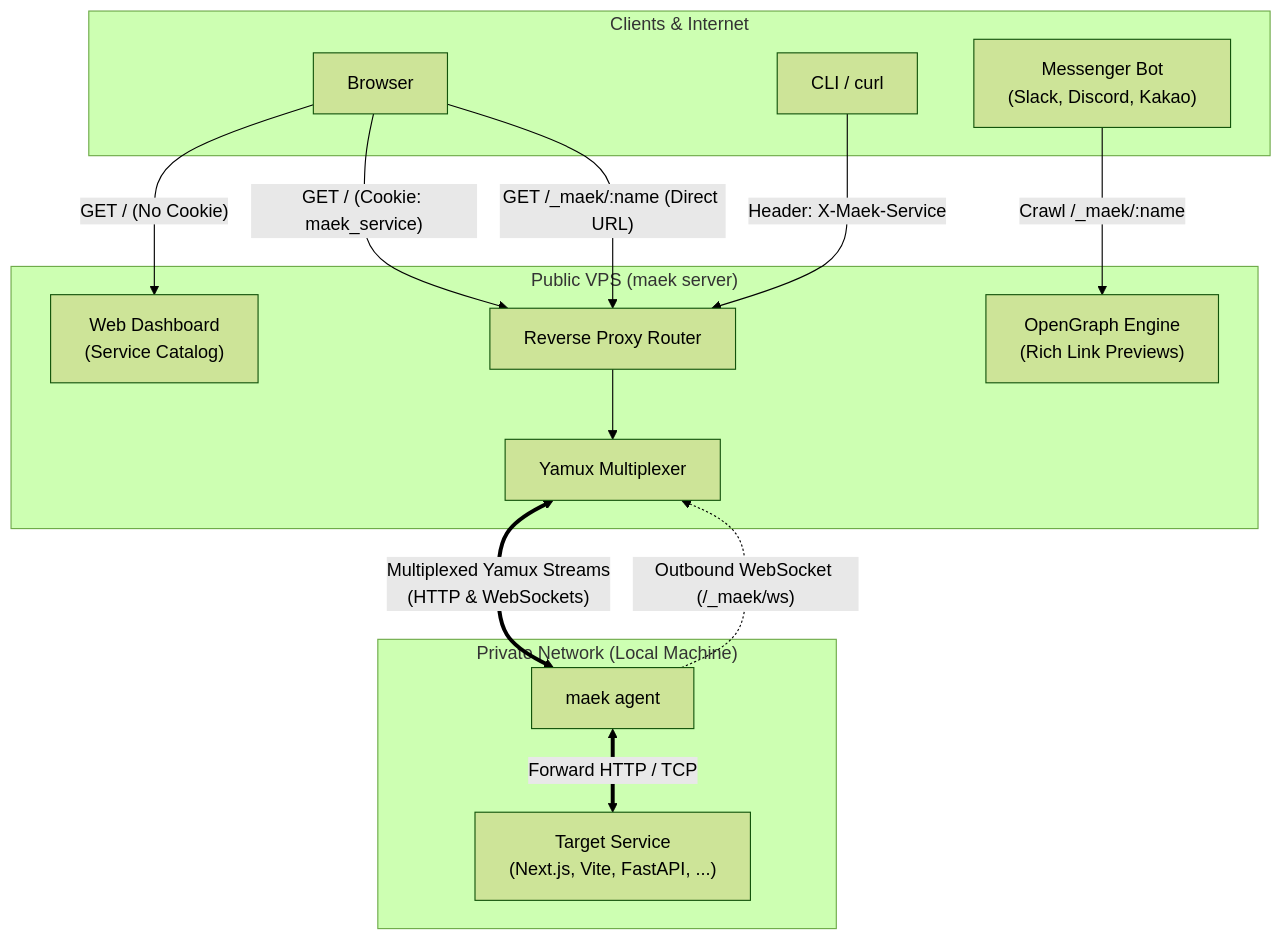
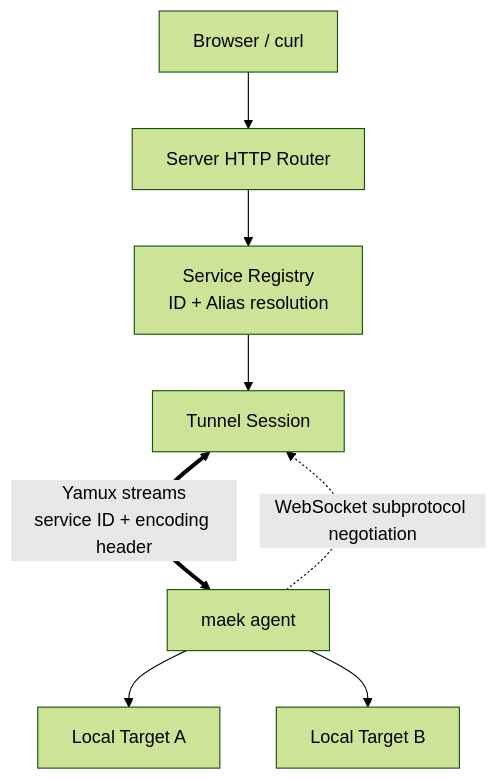
One commit to gosuda/maek changed the diagram in README.md. Above: the diagram before and after it, drawn with Mermaid (forest theme). The commit also changed other lines of this file and 28 other files, not shown here.

````diff
--- a/README.md
+++ b/README.md
@@ -76,35 +77,12 @@
 ```mermaid
 flowchart TD
-    subgraph Clients ["Clients & Internet"]
-        Browser["Browser"]
-        Curl["CLI / curl"]
-        Bot["Messenger Bot<br/>(Slack, Discord, Kakao)"]
-    end
+    Browser["Browser / curl"] --> Router["Server HTTP Router"]
+    Router --> Registry["Service Registry\nID + Alias resolution"]
+    Registry --> Tunnel["Tunnel Session"]
 
-    subgraph VPS ["Public VPS (maek server)"]
-        Router["Reverse Proxy Router"]
-        Catalog["Web Dashboard<br/>(Service Catalog)"]
-        OG["OpenGraph Engine<br/>(Rich Link Previews)"]
-        YamuxServer["Yamux Multiplexer"]
-    end
+    Agent["maek agent"] -. "WebSocket subprotocol negotiation" .-> Tunnel
+    Tunnel <== "Yamux streams\nservice ID + encoding header" ==> Agent
 
-    subgraph Local ["Private Network (Local Machine)"]
-        Agent["maek agent"]
-        Target["Target Service<br/>(Next.js, Vite, FastAPI, ...)"]
-    end
-
-    %% Client Traffic Flows
-    Browser -- "GET / (No Cookie)" --> Catalog
-    Browser -- "GET / (Cookie: maek_service)" --> Router
-    Browser -- "GET /_maek/:name (Direct URL)" --> Router
-    Curl -- "Header: X-Maek-Service" --> Router
-    Bot -- "Crawl /_maek/:name" --> OG
-
-    %% Server Internal Routing
-    Router --> YamuxServer
-
-    %% Tunnel & Local Forwarding
-    Agent -. "Outbound WebSocket (/_maek/ws)" .-> YamuxServer
-    YamuxServer <== "Multiplexed Yamux Streams<br/>(HTTP & WebSockets)" ==> Agent
-    Agent <== "Forward HTTP / TCP" ==> Target
+    Agent --> TargetA["Local Target A"]
+    Agent --> TargetB["Local Target B"]
 ```
````
